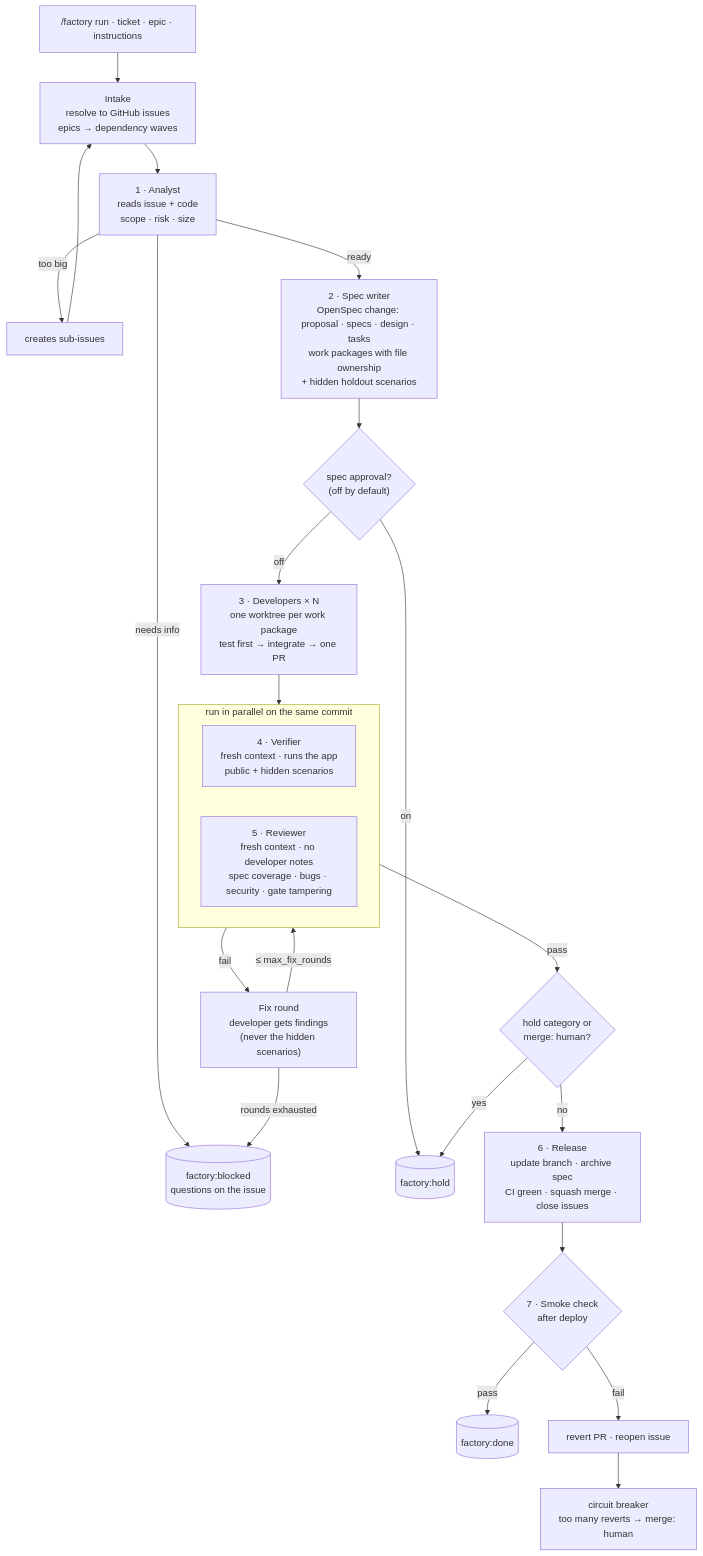
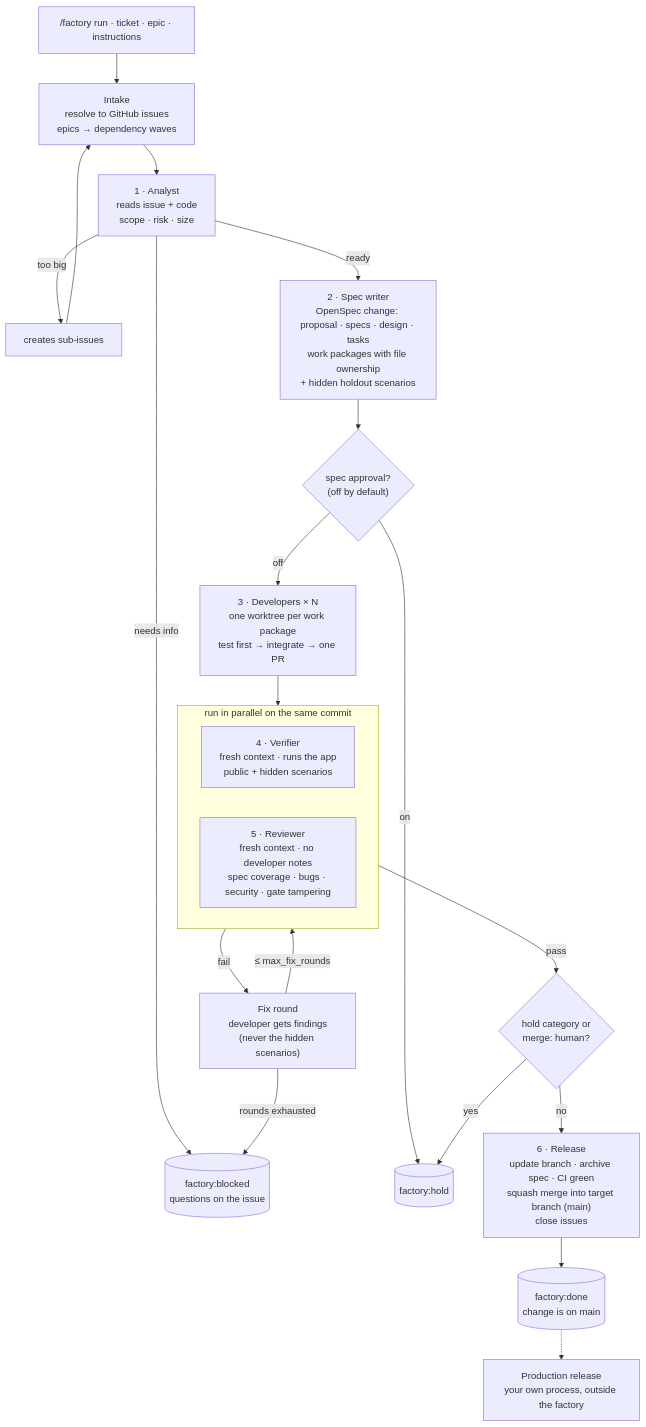
The diagram in README.md (infonex/open-factory), drawn with Mermaid before and after one commit. The commit also changed other lines of this file and 8 other files, not shown here.

First line of the commit message:
Stop at the merge into git.target_branch; never deploy to production

````diff
--- a/README.md
+++ b/README.md
@@ -19,26 +20,25 @@
 ```mermaid
 flowchart TD
     IN["/factory run · ticket · epic · instructions"] --> INTAKE["Intake<br/>resolve to GitHub issues<br/>epics → dependency waves"]
     INTAKE --> AN["1 · Analyst<br/>reads issue + code<br/>scope · risk · size"]
     AN -- needs info --> BLK[("factory:blocked<br/>questions on the issue")]
     AN -- too big --> SPLIT["creates sub-issues"] --> INTAKE
     AN -- ready --> SP["2 · Spec writer<br/>OpenSpec change: proposal · specs · design · tasks<br/>work packages with file ownership<br/>+ hidden holdout scenarios"]
     SP --> GATE{"spec approval?<br/>(off by default)"}
     GATE -- off --> DEV
     GATE -- on --> HOLD[("factory:hold")]
     DEV["3 · Developers × N<br/>one worktree per work package<br/>test first → integrate → one PR"]
     DEV --> VR
     subgraph VR ["run in parallel on the same commit"]
         VE["4 · Verifier<br/>fresh context · runs the app<br/>public + hidden scenarios"]
         RE["5 · Reviewer<br/>fresh context · no developer notes<br/>spec coverage · bugs · security · gate tampering"]
     end
     VR -- fail --> FIX["Fix round<br/>developer gets findings<br/>(never the hidden scenarios)"]
     FIX -- "≤ max_fix_rounds" --> VR
     FIX -- rounds exhausted --> BLK
     VR -- pass --> HC{"hold category or<br/>merge: human?"}
     HC -- yes --> HOLD
-    HC -- no --> RL["6 · Release<br/>update branch · archive spec<br/>CI green · squash merge · close issues"]
-    RL --> SM{"7 · Smoke check<br/>after deploy"}
-    SM -- pass --> DONE[("factory:done")]
-    SM -- fail --> RV["revert PR · reopen issue"] --> CB["circuit breaker<br/>too many reverts → merge: human"]
+    HC -- no --> RL["6 · Release<br/>update branch · archive spec · CI green<br/>squash merge into target branch (main)<br/>close issues"]
+    RL --> DONE[("factory:done<br/>change is on main")]
+    DONE -.-> PROD["Production release<br/>your own process, outside the factory"]
 ```
````
